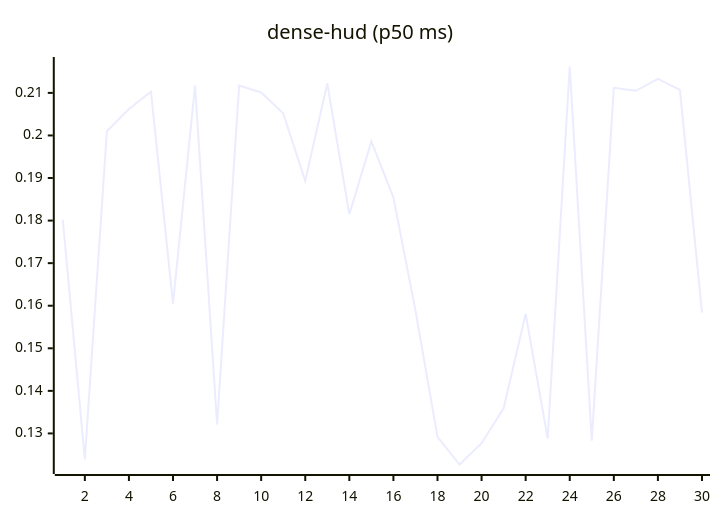
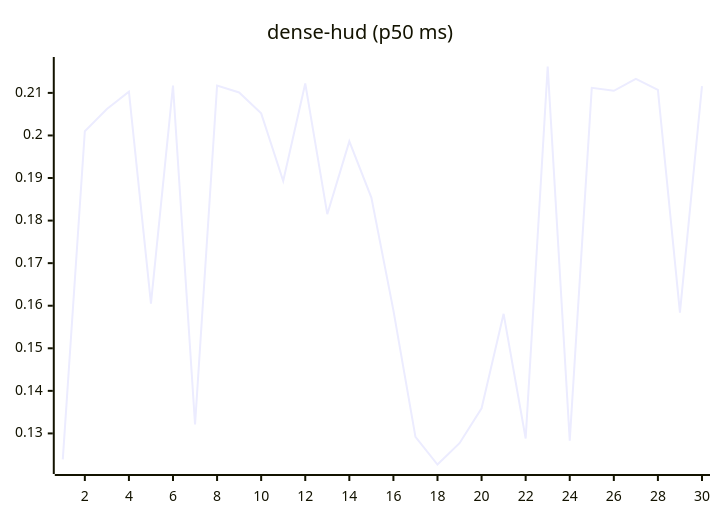
One commit to josha/Facet changed the eighth of 27 diagrams in README.md. Above: the diagram before and after it, drawn with Mermaid. The commit also changed other lines of this file and 2 other files, not shown here.

````diff
--- a/README.md
+++ b/README.md
@@ -112,6 +112,6 @@
 ```mermaid
 xychart-beta
     title "dense-hud (p50 ms)"
     x-axis 1 --> 30
-    line [0.1802, 0.1239, 0.2010, 0.2062, 0.2103, 0.1605, 0.2117, 0.1321, 0.2117, 0.2101, 0.2052, 0.1893, 0.2122, 0.1815, 0.1986, 0.1854, 0.1589, 0.1292, 0.1227, 0.1277, 0.1359, 0.1581, 0.1288, 0.2162, 0.1283, 0.2112, 0.2105, 0.2133, 0.2107, 0.1584]
+    line [0.1239, 0.2010, 0.2062, 0.2103, 0.1605, 0.2117, 0.1321, 0.2117, 0.2101, 0.2052, 0.1893, 0.2122, 0.1815, 0.1986, 0.1854, 0.1589, 0.1292, 0.1227, 0.1277, 0.1359, 0.1581, 0.1288, 0.2162, 0.1283, 0.2112, 0.2105, 0.2133, 0.2107, 0.1584, 0.2116]
 ```
````
